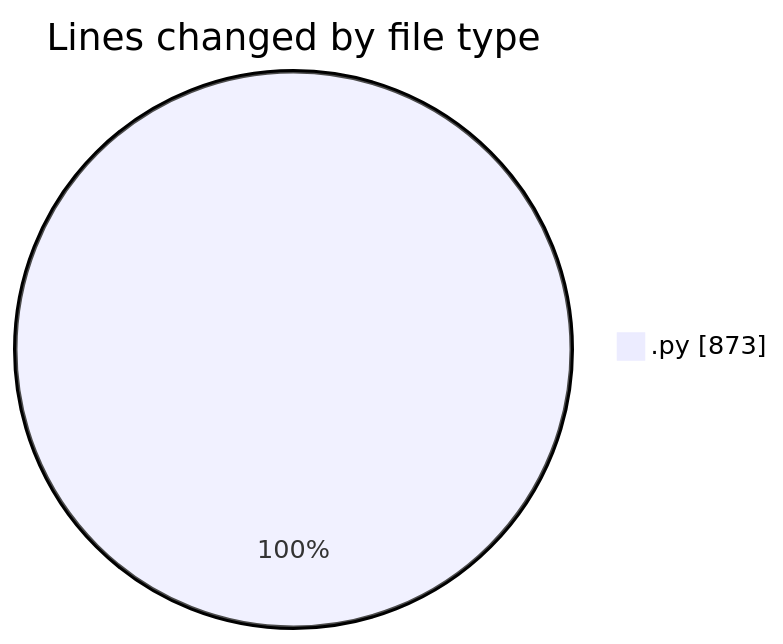
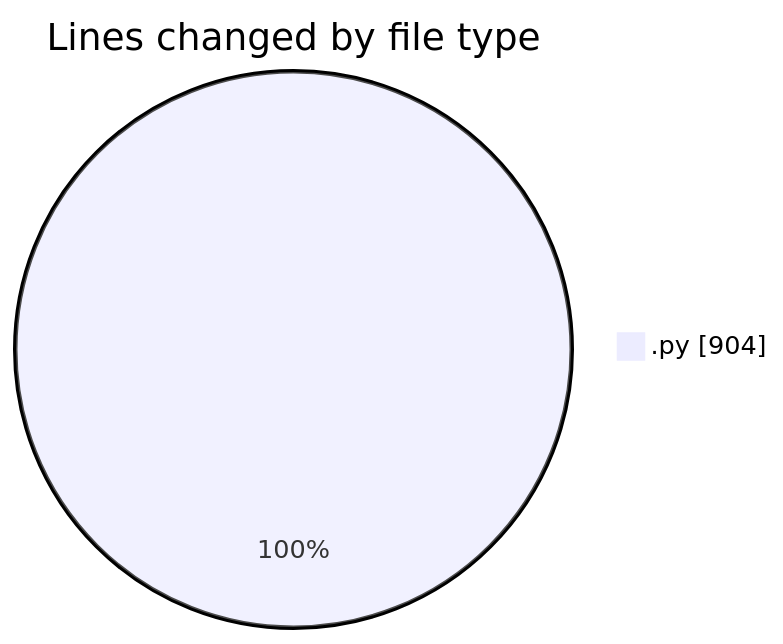
Before and after one commit to MatusMokan/code-tracking: the first of 2 diagrams in 2025-03-18/myws__workspace_/README.md, drawn with Mermaid. The commit also changed other lines of this file and 1 other file, not shown here.

````diff
--- a/2025-03-18/myws__workspace_/README.md
+++ b/2025-03-18/myws__workspace_/README.md
@@ -22,5 +22,5 @@
 ```mermaid
 pie showData
 title Lines changed by file type
-".py" : 873
+".py" : 904
 ```
````
